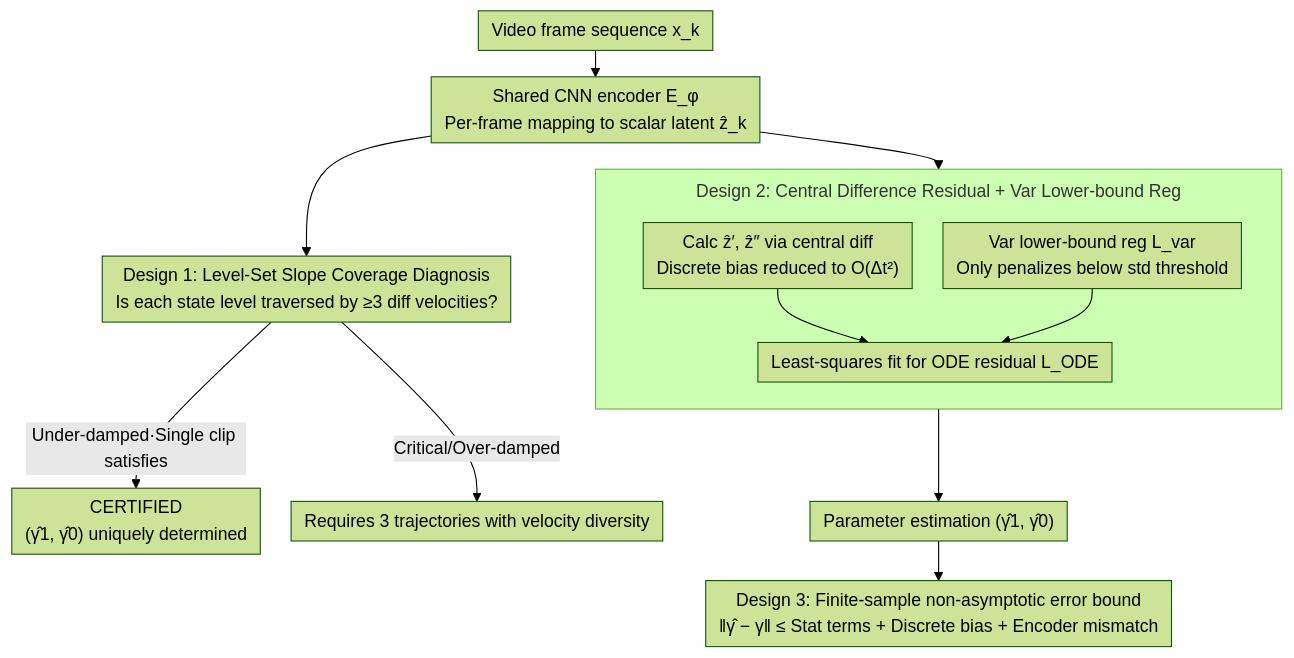
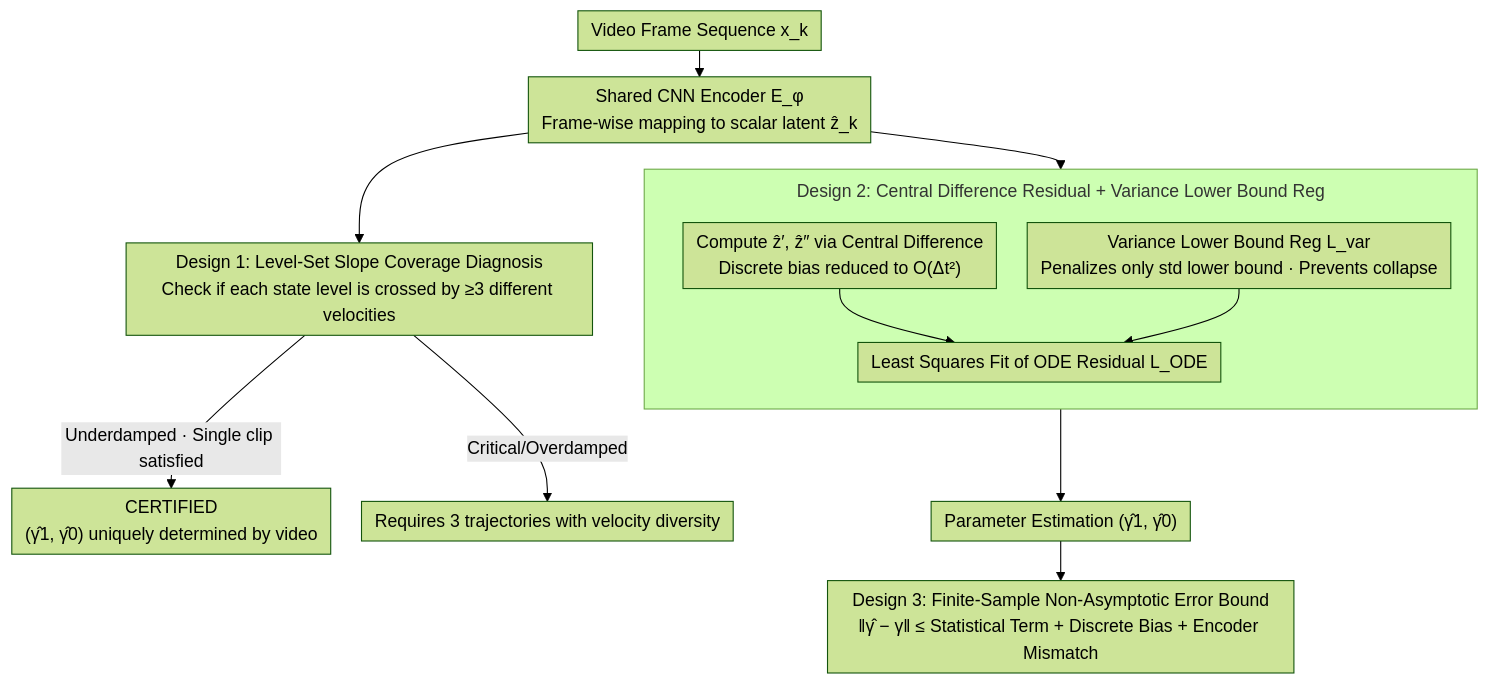
One commit to zhaoyang97/Paper-Notes-en changed the diagram in docs/ICML2026/interpretability/physics_from_video_identifiability_of_time-invariant_second-order_odes_under_min.md. Above: the diagram before and after it, drawn with Mermaid (forest theme). The commit also changed other lines of this file and 5084 other files, not shown here.

````diff
--- a/docs/ICML2026/interpretability/physics_from_video_identifiability_of_time-invariant_second-order_odes_under_min.md
+++ b/docs/ICML2026/interpretability/physics_from_video_identifiability_of_time-invariant_second-order_odes_under_min.md
@@ -43,16 +43,16 @@
 ```mermaid
 %%{init: {'flowchart': {'rankSpacing': 24, 'nodeSpacing': 28, 'padding': 6, 'wrappingWidth': 400, 'subGraphTitleMargin': {'top': 8, 'bottom': 16}}}}%%
 flowchart TD
-    A["Video frame sequence x_k"] --> B["Shared CNN encoder E_φ<br/>Per-frame mapping to scalar latent ẑ_k"]
-    B --> F["Design 1: Level-Set Slope Coverage Diagnosis<br/>Is each state level traversed by ≥3 diff velocities?"]
-    F -->|Under-damped·Single clip satisfies| CERT["CERTIFIED<br/>(γ̂1, γ̂0) uniquely determined"]
-    F -->|Critical/Over-damped| MULTI["Requires 3 trajectories with velocity diversity"]
-    subgraph EST["Design 2: Central Difference Residual + Var Lower-bound Reg"]
+    A["Video Frame Sequence x_k"] --> B["Shared CNN Encoder E_φ<br/>Frame-wise mapping to scalar latent ẑ_k"]
+    B --> F["Design 1: Level-Set Slope Coverage Diagnosis<br/>Check if each state level is crossed by ≥3 different velocities"]
+    F -->|Underdamped · Single clip satisfied| CERT["CERTIFIED<br/>(γ̂1, γ̂0) uniquely determined by video"]
+    F -->|Critical/Overdamped| MULTI["Requires 3 trajectories with velocity diversity"]
+    subgraph EST["Design 2: Central Difference Residual + Variance Lower Bound Reg"]
         direction TB
-        C["Calc ẑ′, ẑ″ via central diff<br/>Discrete bias reduced to O(Δt²)"] --> D["Least-squares fit for ODE residual L_ODE"]
-        E["Var lower-bound reg L_var<br/>Only penalizes below std threshold"] --> D
+        C["Compute ẑ′, ẑ″ via Central Difference<br/>Discrete bias reduced to O(Δt²)"] --> D["Least Squares Fit of ODE Residual L_ODE"]
+        E["Variance Lower Bound Reg L_var<br/>Penalizes only std lower bound · Prevents collapse"] --> D
     end
     B --> C
-    D --> G["Parameter estimation (γ̂1, γ̂0)"]
-    G --> H["Design 3: Finite-sample non-asymptotic error bound<br/>‖γ̂ − γ‖ ≤ Stat terms + Discrete bias + Encoder mismatch"]
+    D --> G["Parameter Estimation (γ̂1, γ̂0)"]
+    G --> H["Design 3: Finite-Sample Non-Asymptotic Error Bound<br/>‖γ̂ − γ‖ ≤ Statistical Term + Discrete Bias + Encoder Mismatch"]
 ```
````
